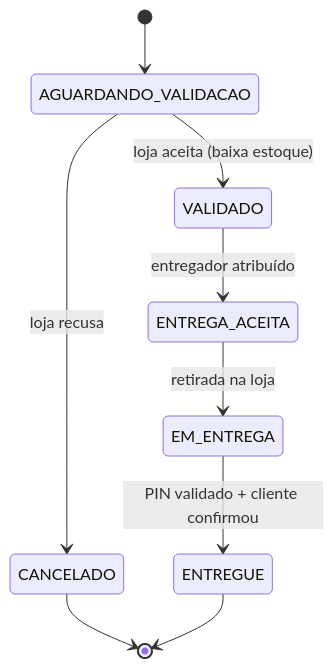
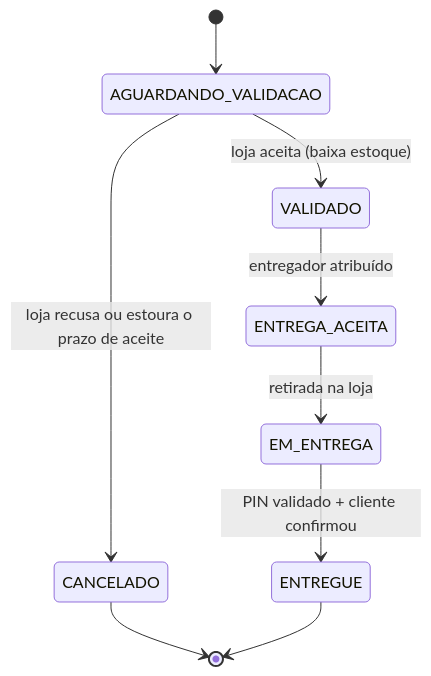
The second of 2 diagrams in README.md (Projeto-de-Software-Delivery/pedidos-lojas), drawn with Mermaid before and after one commit. The commit also changed other lines of this file and 12 other files, not shown here.

````diff
--- a/README.md
+++ b/README.md
@@ -91,11 +91,11 @@
 ```mermaid
 stateDiagram-v2
     [*] --> AGUARDANDO_VALIDACAO
     AGUARDANDO_VALIDACAO --> VALIDADO: loja aceita (baixa estoque)
-    AGUARDANDO_VALIDACAO --> CANCELADO: loja recusa
+    AGUARDANDO_VALIDACAO --> CANCELADO: loja recusa ou estoura o prazo de aceite
     VALIDADO --> ENTREGA_ACEITA: entregador atribuído
     ENTREGA_ACEITA --> EM_ENTREGA: retirada na loja
     EM_ENTREGA --> ENTREGUE: PIN validado + cliente confirmou
     CANCELADO --> [*]
     ENTREGUE --> [*]
 ```
````
